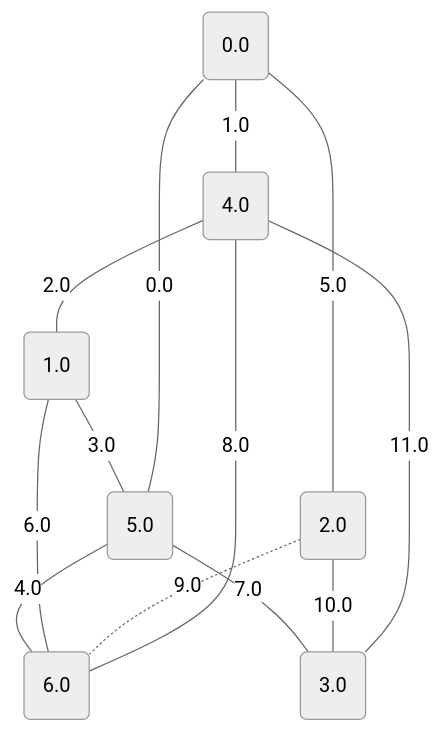
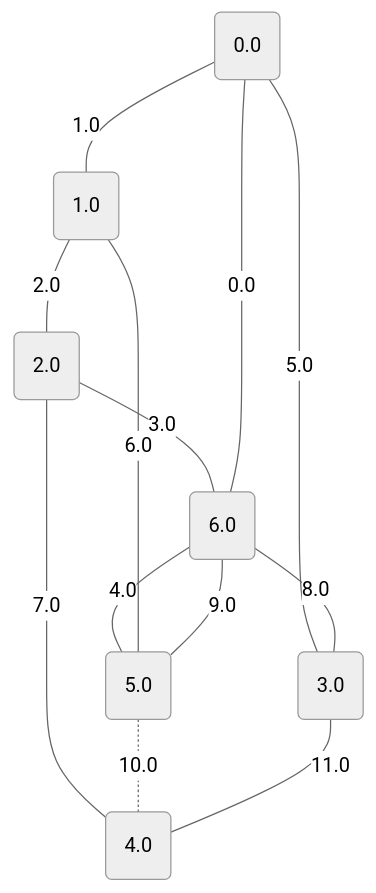
The eighth of 17 diagrams in project/src/testing/minCutPetersen.md (metury/graphs), drawn with Mermaid (neutral theme) before and after one commit. The commit also changed other lines of this file and 2 other files, not shown here.

````diff
--- a/project/src/testing/minCutPetersen.md
+++ b/project/src/testing/minCutPetersen.md
@@ -218,22 +218,22 @@
 ```mermaid
 graph TD;
 0("0.0");
 1("1.0");
 2("2.0");
 3("3.0");
 4("4.0");
 5("5.0");
 6("6.0");
-	5 -- "0.0" --- 0;
-	0 -- "1.0" --- 4;
-	4 -- "2.0" --- 1;
-	1 -- "3.0" --- 5;
-	5 -- "4.0" --- 6;
-	0 -- "5.0" --- 2;
-	1 -- "6.0" --- 6;
-	5 -- "7.0" --- 3;
-	6 -- "8.0" --- 4;
-	2 -. "9.0" -.- 6;
-	2 -- "10.0" --- 3;
-	4 -- "11.0" --- 3;
+	6 -- "0.0" --- 0;
+	0 -- "1.0" --- 1;
+	1 -- "2.0" --- 2;
+	2 -- "3.0" --- 6;
+	6 -- "4.0" --- 5;
+	0 -- "5.0" --- 3;
+	1 -- "6.0" --- 5;
+	2 -- "7.0" --- 4;
+	6 -- "8.0" --- 3;
+	6 -- "9.0" --- 5;
+	5 -. "10.0" -.- 4;
+	3 -- "11.0" --- 4;
 ```
````
